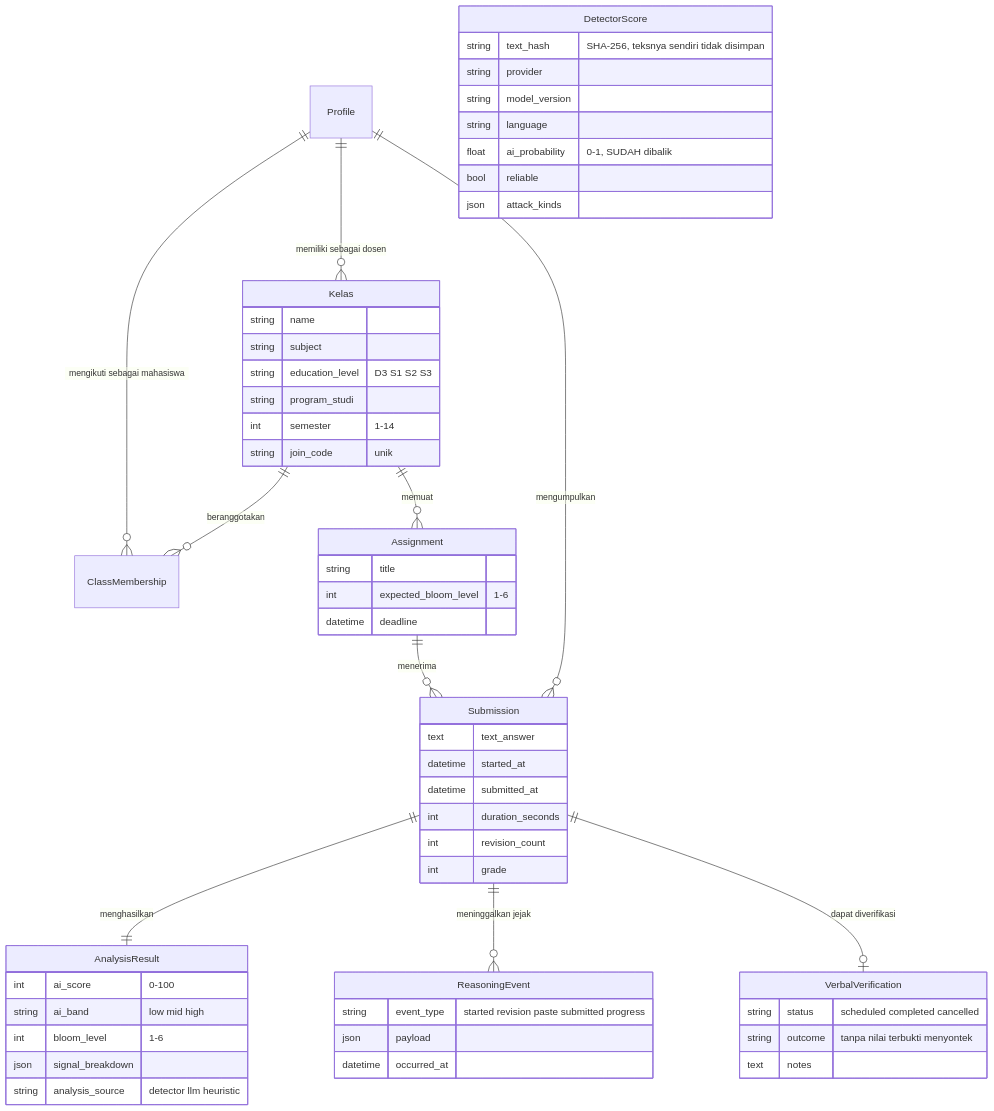
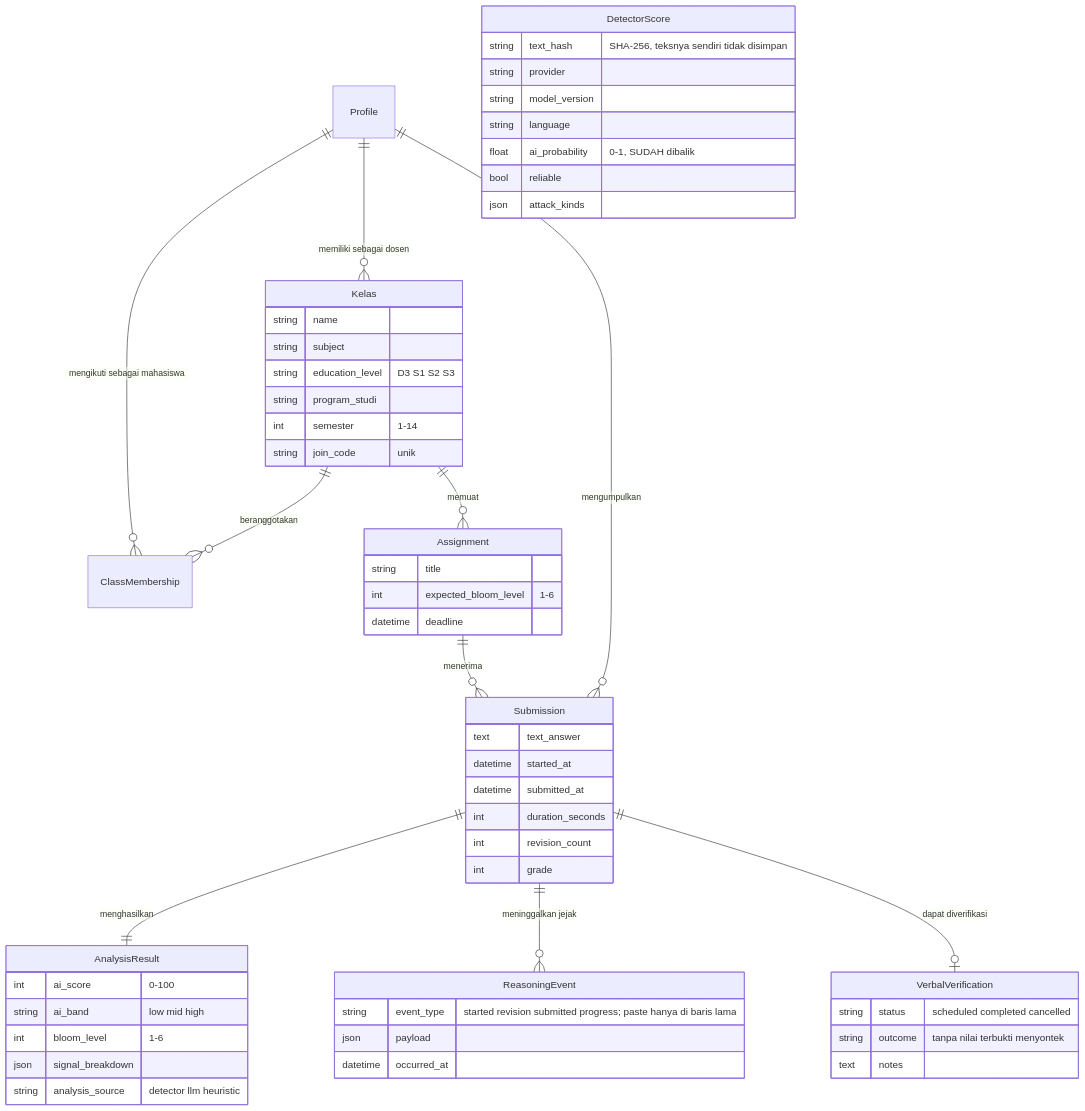
One commit to FadhRach/ThinkPath changed the fifth of 5 diagrams in diagram/04-interaksi-gabungan.md. Above: the diagram before and after it, drawn with Mermaid. The commit also changed other lines of this file and 16 other files, not shown here.

````diff
--- a/diagram/04-interaksi-gabungan.md
+++ b/diagram/04-interaksi-gabungan.md
@@ -180,60 +179,60 @@
 ```mermaid
 erDiagram
     Profile ||--o{ Kelas : "memiliki sebagai dosen"
     Profile ||--o{ ClassMembership : "mengikuti sebagai mahasiswa"
     Kelas ||--o{ ClassMembership : "beranggotakan"
     Kelas ||--o{ Assignment : "memuat"
     Assignment ||--o{ Submission : "menerima"
     Profile ||--o{ Submission : "mengumpulkan"
     Submission ||--|| AnalysisResult : "menghasilkan"
     Submission ||--o{ ReasoningEvent : "meninggalkan jejak"
     Submission ||--o| VerbalVerification : "dapat diverifikasi"
 
     Kelas {
         string name
         string subject
         string education_level "D3 S1 S2 S3"
         string program_studi
         int semester "1-14"
         string join_code "unik"
     }
     Assignment {
         string title
         int expected_bloom_level "1-6"
         datetime deadline
     }
     Submission {
         text text_answer
         datetime started_at
         datetime submitted_at
         int duration_seconds
         int revision_count
         int grade
     }
     AnalysisResult {
         int ai_score "0-100"
         string ai_band "low mid high"
         int bloom_level "1-6"
         json signal_breakdown
         string analysis_source "detector llm heuristic"
     }
     DetectorScore {
         string text_hash "SHA-256, teksnya sendiri tidak disimpan"
         string provider
         string model_version
         string language
         float ai_probability "0-1, SUDAH dibalik"
         bool reliable
         json attack_kinds
     }
     ReasoningEvent {
-        string event_type "started revision paste submitted progress"
+        string event_type "started revision submitted progress; paste hanya di baris lama"
         json payload
         datetime occurred_at
     }
     VerbalVerification {
         string status "scheduled completed cancelled"
         string outcome "tanpa nilai terbukti menyontek"
         text notes
     }
 ```
````
